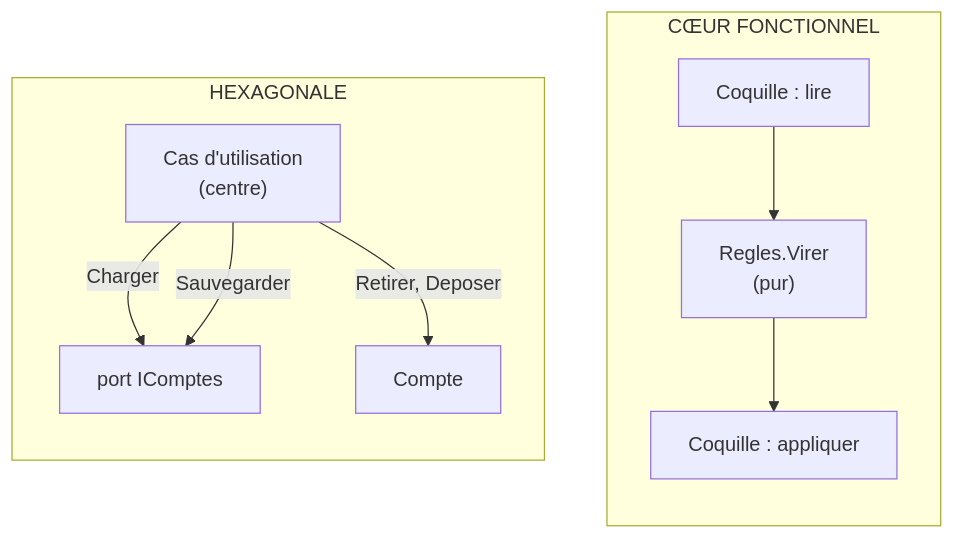
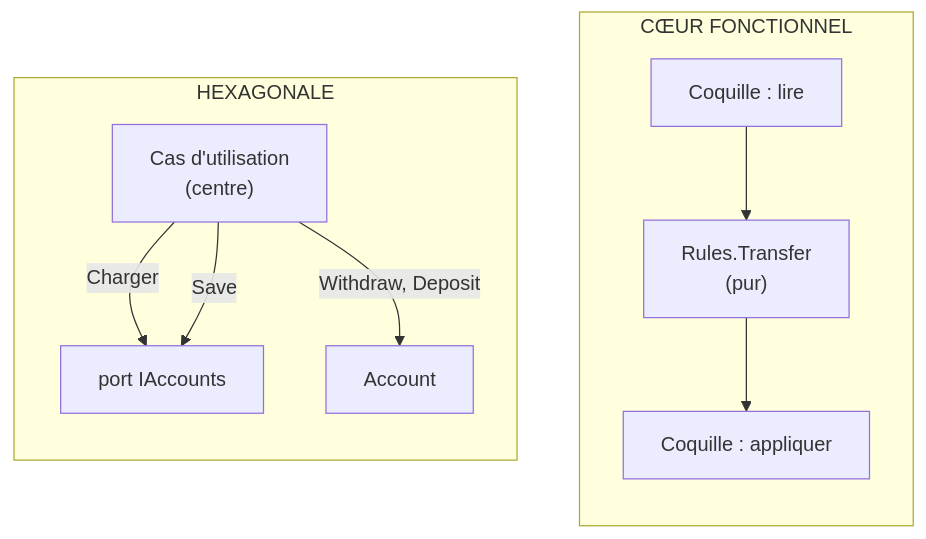
One commit to drangoht/ArchitecturesDemo changed the diagram in Docs/differences/05-hexagonale-vs-coeur-fonctionnel.md. Above: the diagram before and after it, drawn with Mermaid. The commit also changed other lines of this file and 70 other files, not shown here.

Commit message:
Docs FR : identifiants, liens, diagrammes et sorties alignés sur le code anglais

````diff
--- a/Docs/differences/05-hexagonale-vs-coeur-fonctionnel.md
+++ b/Docs/differences/05-hexagonale-vs-coeur-fonctionnel.md
@@ -35,14 +35,14 @@
 ```mermaid
 flowchart LR
     subgraph H["HEXAGONALE"]
         direction TB
-        CU["Cas d'utilisation<br/>(centre)"] -->|"Charger"| P["port IComptes"]
-        CU -->|"Retirer, Deposer"| E["Compte"]
-        CU -->|"Sauvegarder"| P
+        CU["Cas d'utilisation<br/>(centre)"] -->|"Charger"| P["port IAccounts"]
+        CU -->|"Withdraw, Deposit"| E["Account"]
+        CU -->|"Save"| P
     end
     subgraph F["CŒUR FONCTIONNEL"]
         direction TB
-        L["Coquille : lire"] --> R["Regles.Virer<br/>(pur)"] --> A["Coquille : appliquer"]
+        L["Coquille : lire"] --> R["Rules.Transfer<br/>(pur)"] --> A["Coquille : appliquer"]
     end
     H ~~~ F
 ```
````
